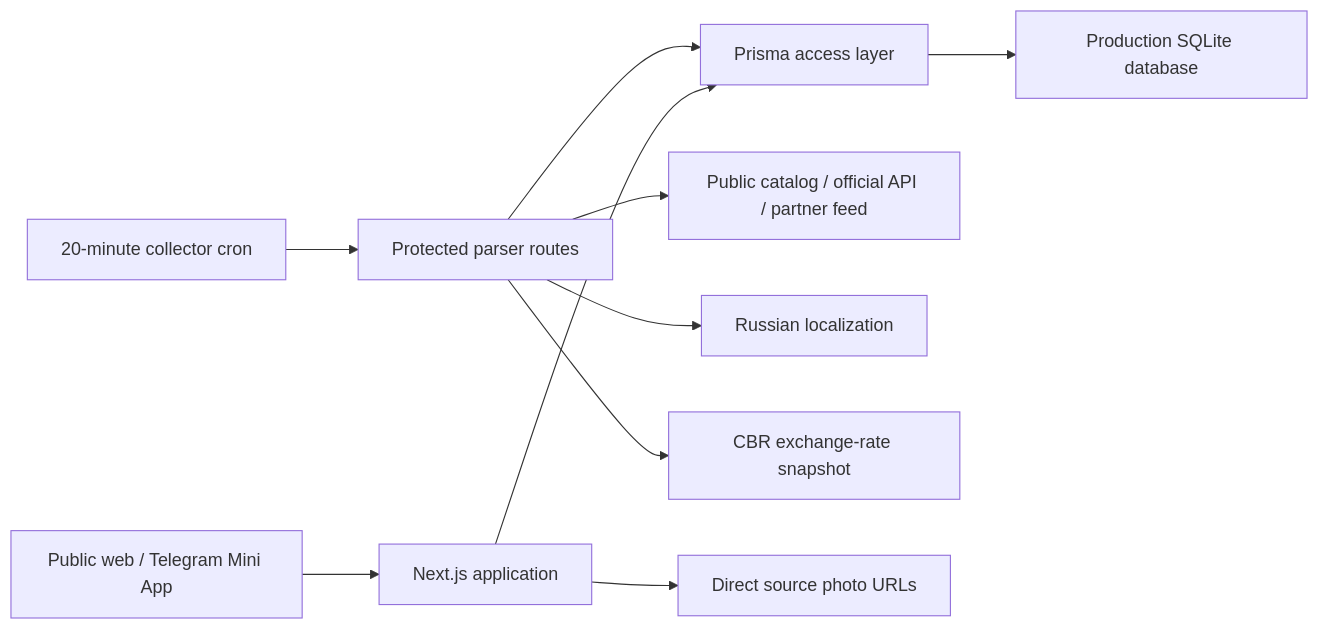
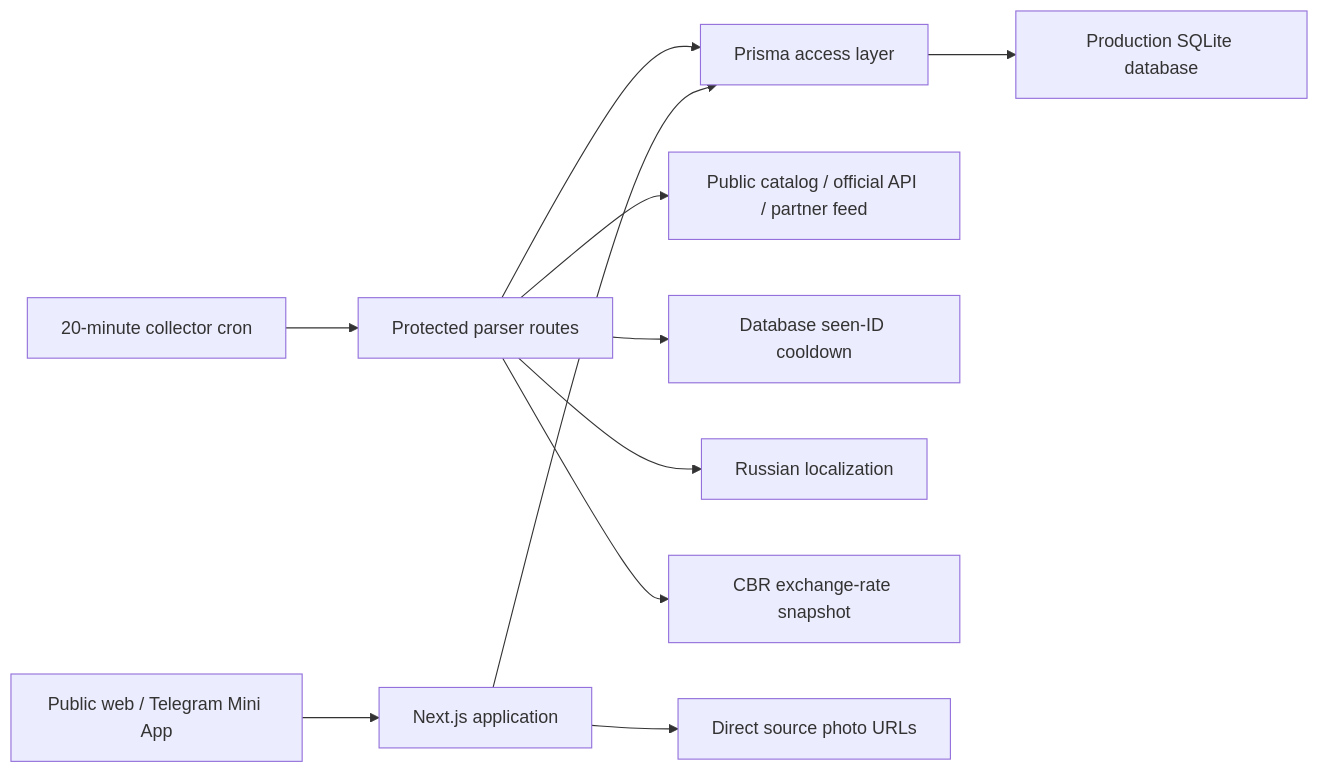
The first of 2 diagrams in docs/PROJECT_GRAPH.md (microsecret/automart), drawn with Mermaid before and after one commit. The commit also changed other lines of this file and 9 other files, not shown here.

````diff
--- a/docs/PROJECT_GRAPH.md
+++ b/docs/PROJECT_GRAPH.md
@@ -8,12 +8,13 @@
 ```mermaid
 flowchart LR
   Browser["Public web / Telegram Mini App"] --> Next["Next.js application"]
   Next --> Prisma["Prisma access layer"]
   Prisma --> SQLite["Production SQLite database"]
   Cron["20-minute collector cron"] --> Parser["Protected parser routes"]
   Parser --> Sources["Public catalog / official API / partner feed"]
+  Parser --> SeenStore["Database seen-ID cooldown"]
   Parser --> Translate["Russian localization"]
   Parser --> Rates["CBR exchange-rate snapshot"]
   Parser --> Prisma
   Next --> Media["Direct source photo URLs"]
 ```
````
